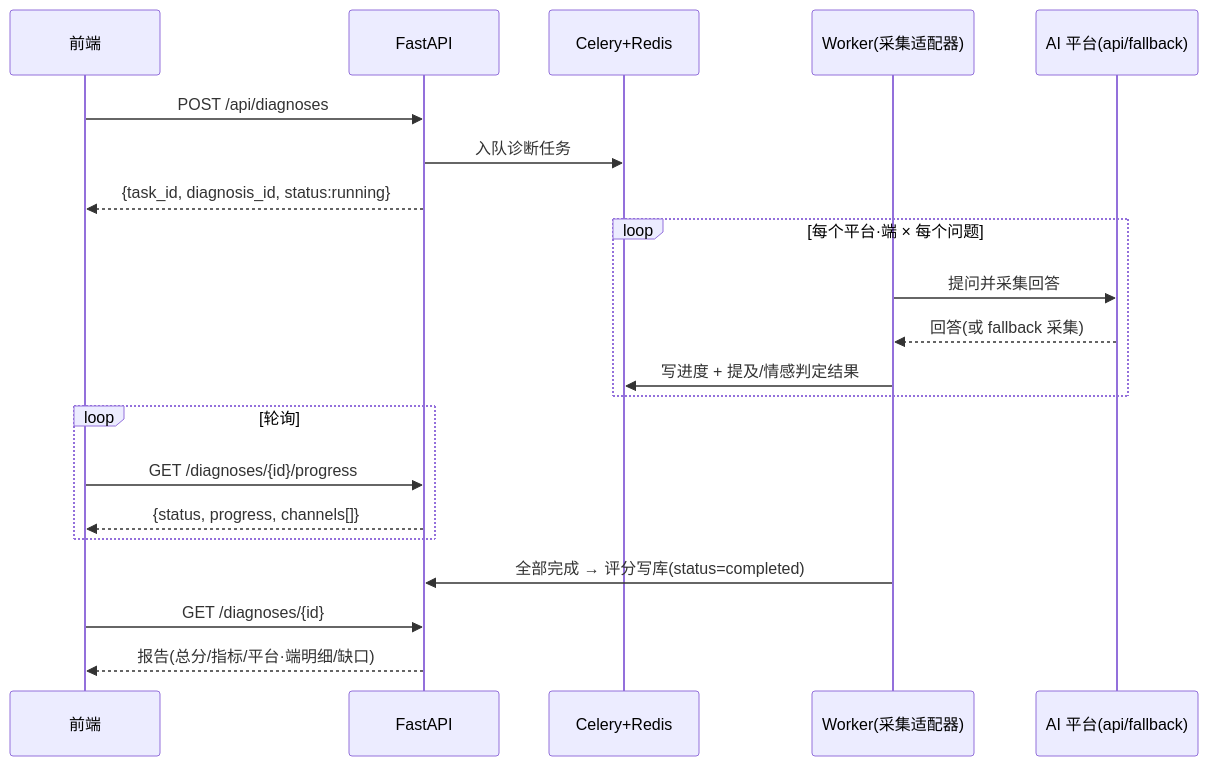
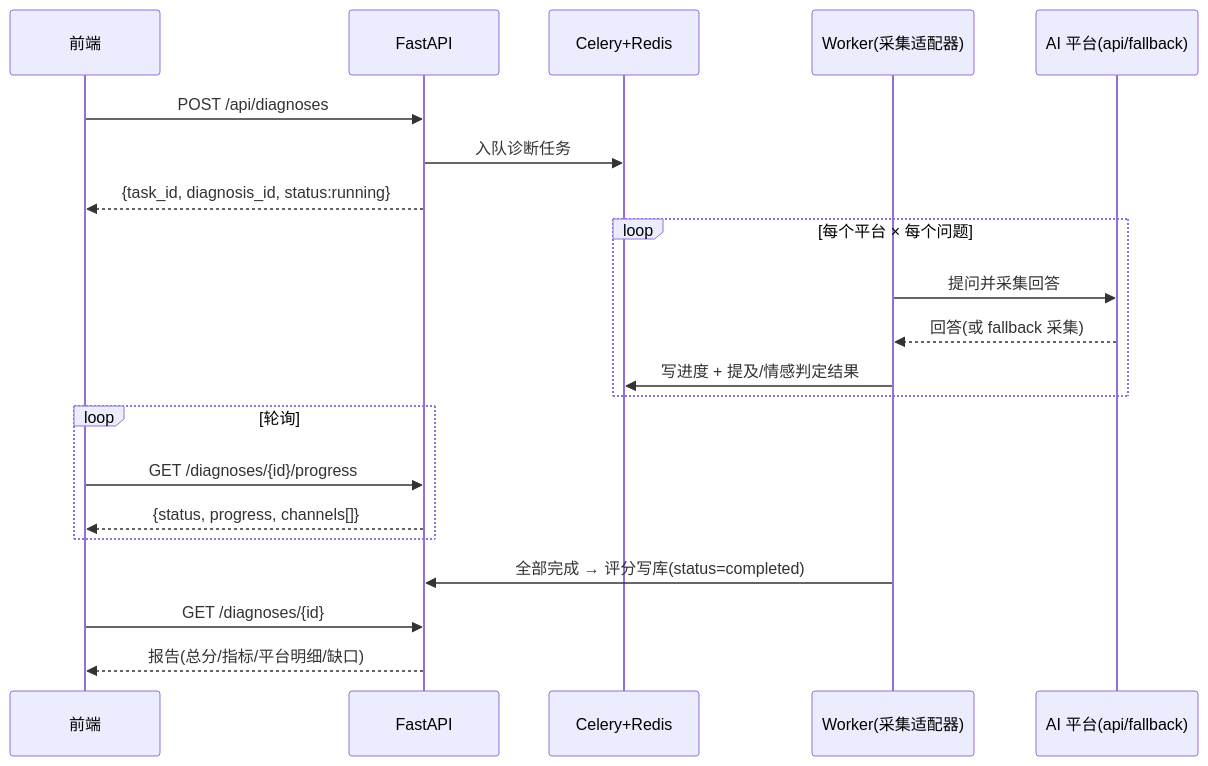
The second of 2 diagrams in docs/PRD.md (zhangdaman/answer-one), drawn with Mermaid before and after one commit. The commit also changed other lines of this file and 10 other files, not shown here.

````diff
--- a/docs/PRD.md
+++ b/docs/PRD.md
@@ -654,23 +649,23 @@
 ```mermaid
 sequenceDiagram
   participant FE as 前端
   participant API as FastAPI
   participant Q as Celery+Redis
   participant W as Worker(采集适配器)
   participant P as AI 平台(api/fallback)
   FE->>API: POST /api/diagnoses
   API->>Q: 入队诊断任务
   API-->>FE: {task_id, diagnosis_id, status:running}
-  loop 每个平台·端 × 每个问题
+  loop 每个平台 × 每个问题
     W->>P: 提问并采集回答
     P-->>W: 回答(或 fallback 采集)
     W->>Q: 写进度 + 提及/情感判定结果
   end
   loop 轮询
     FE->>API: GET /diagnoses/{id}/progress
     API-->>FE: {status, progress, channels[]}
   end
   W->>API: 全部完成 → 评分写库(status=completed)
   FE->>API: GET /diagnoses/{id}
-  API-->>FE: 报告(总分/指标/平台·端明细/缺口)
+  API-->>FE: 报告(总分/指标/平台明细/缺口)
 ```
````
